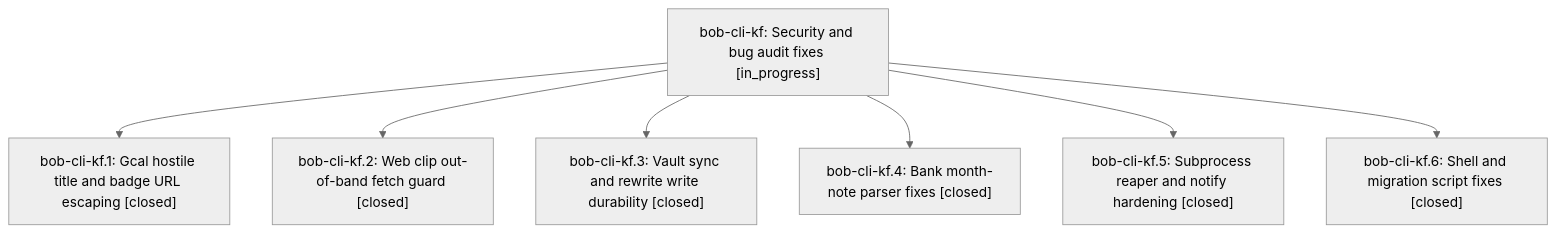
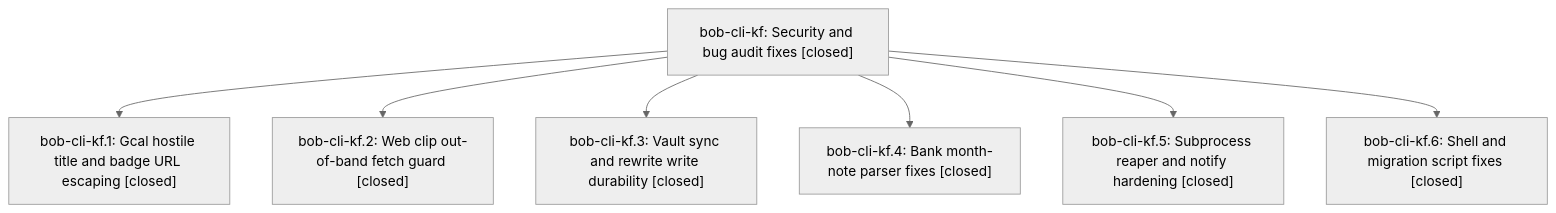
Before and after one commit to bobs-org/bob-cli--beads: the diagram in pages/bob-cli-kf/README.md, drawn with Mermaid (neutral theme). The commit also changed other lines of this file and 6 other files, not shown here.

First line of the commit message:
chore(beads): sync bead state and pages for bob-cli-kf

````diff
--- a/pages/bob-cli-kf/README.md
+++ b/pages/bob-cli-kf/README.md
@@ -43,16 +47,16 @@
 ```mermaid
 flowchart TD
-    n0["bob-cli-kf: Security and bug audit fixes [in_progress]"]
+    n0["bob-cli-kf: Security and bug audit fixes [closed]"]
     n1["bob-cli-kf.1: Gcal hostile title and badge URL escaping [closed]"]
     n2["bob-cli-kf.2: Web clip out-of-band fetch guard [closed]"]
     n3["bob-cli-kf.3: Vault sync and rewrite write durability [closed]"]
     n4["bob-cli-kf.4: Bank month-note parser fixes [closed]"]
     n5["bob-cli-kf.5: Subprocess reaper and notify hardening [closed]"]
     n6["bob-cli-kf.6: Shell and migration script fixes [closed]"]
     n0 --> n1
     n0 --> n2
     n0 --> n3
     n0 --> n4
     n0 --> n5
     n0 --> n6
 ```
````
